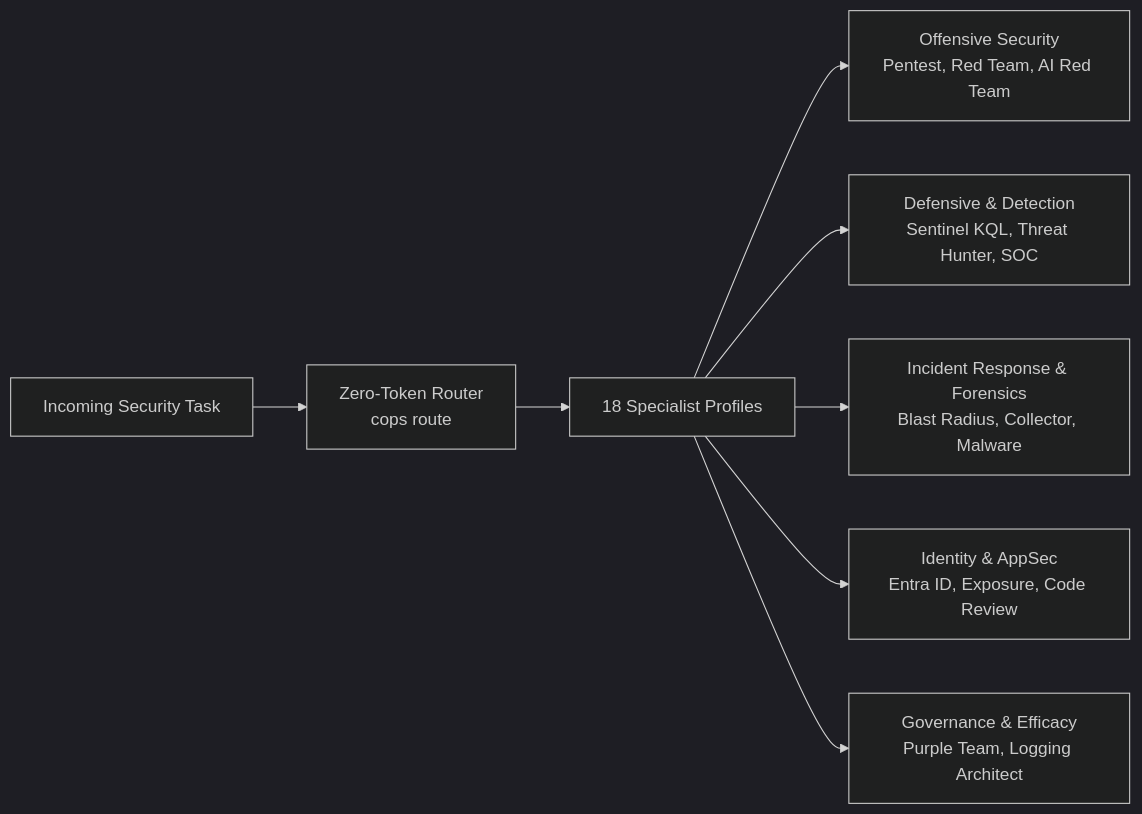
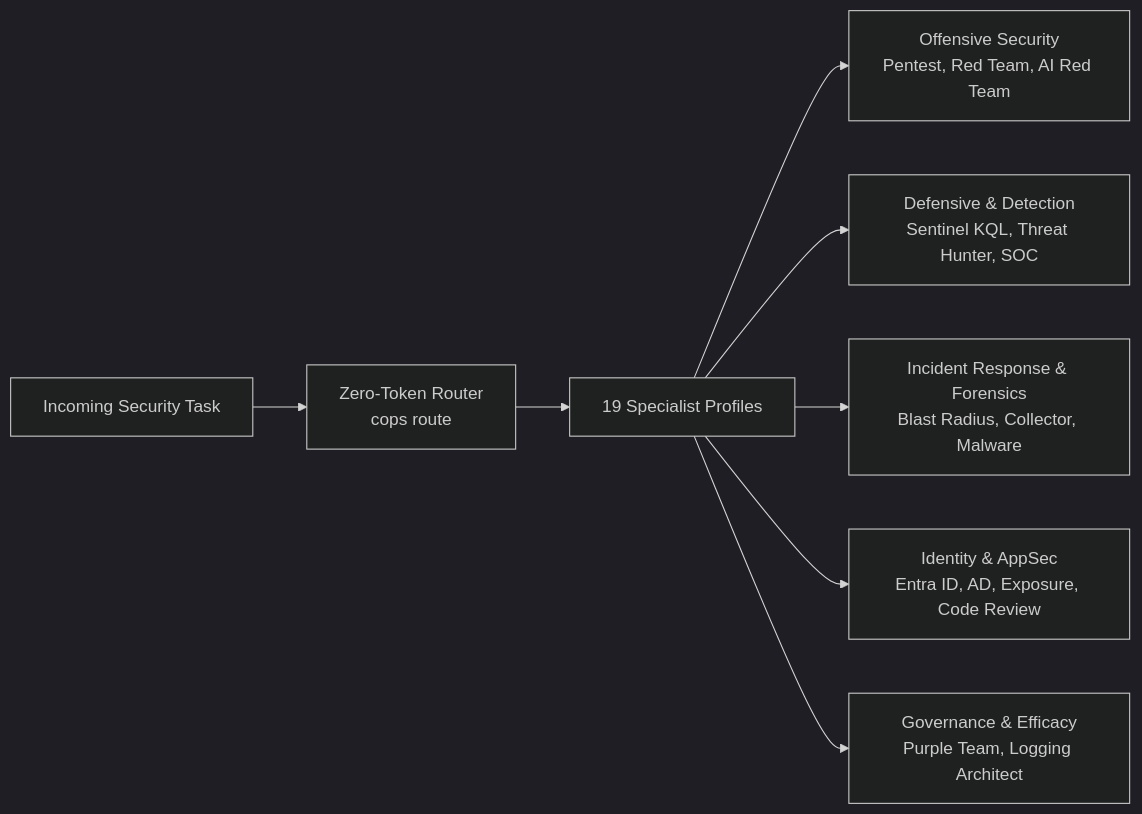
One commit to sodejm/copilot-operation-plugin-for-security changed the diagram in docs/index.md. Above: the diagram before and after it, drawn with Mermaid (dark theme). The commit also changed other lines of this file and 46 other files, not shown here.

````diff
--- a/docs/index.md
+++ b/docs/index.md
@@ -108,10 +108,10 @@
 ```mermaid
 flowchart LR
     TASK["Incoming Security Task"] --> ROUTER["Zero-Token Router<br/>cops route"]
-    ROUTER --> SPEC["18 Specialist Profiles"]
+    ROUTER --> SPEC["19 Specialist Profiles"]
     SPEC --> OFF["Offensive Security<br/>Pentest, Red Team, AI Red Team"]
     SPEC --> DEF["Defensive & Detection<br/>Sentinel KQL, Threat Hunter, SOC"]
     SPEC --> DFIR["Incident Response & Forensics<br/>Blast Radius, Collector, Malware"]
-    SPEC --> IAM["Identity & AppSec<br/>Entra ID, Exposure, Code Review"]
+    SPEC --> IAM["Identity & AppSec<br/>Entra ID, AD, Exposure, Code Review"]
     SPEC --> GOV["Governance & Efficacy<br/>Purple Team, Logging Architect"]
 ```
````
